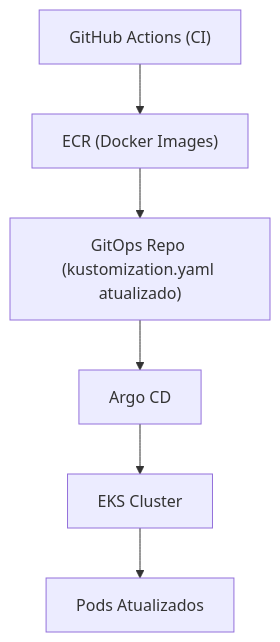
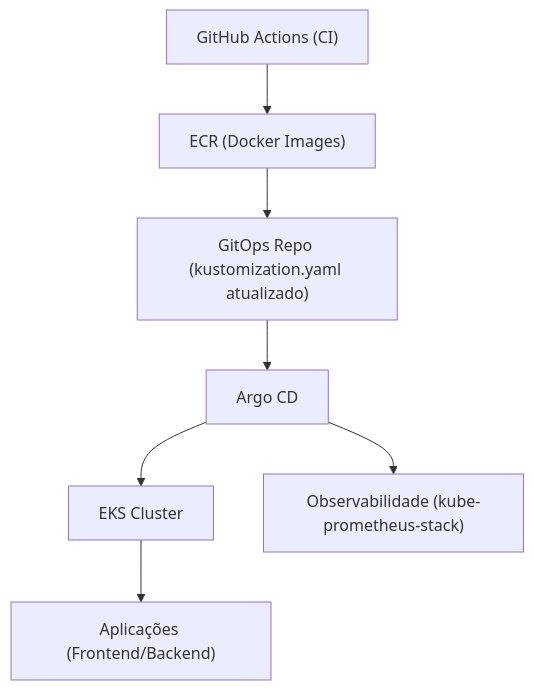
The diagram in README.md (RildoDias08/GitOps), drawn with Mermaid before and after one commit. The commit also changed other lines of this file, not shown here.

````diff
--- a/README.md
+++ b/README.md
@@ -11,8 +11,9 @@
 ```mermaid
 flowchart TD
     A["GitHub Actions (CI)"] --> B["ECR (Docker Images)"]
     B --> C["GitOps Repo (kustomization.yaml atualizado)"]
     C --> D["Argo CD"]
     D --> E["EKS Cluster"]
-    E --> F["Pods Atualizados"]
+    E --> F["Aplicações (Frontend/Backend)"]
+    D --> G["Observabilidade (kube-prometheus-stack)"]
 ```
````
